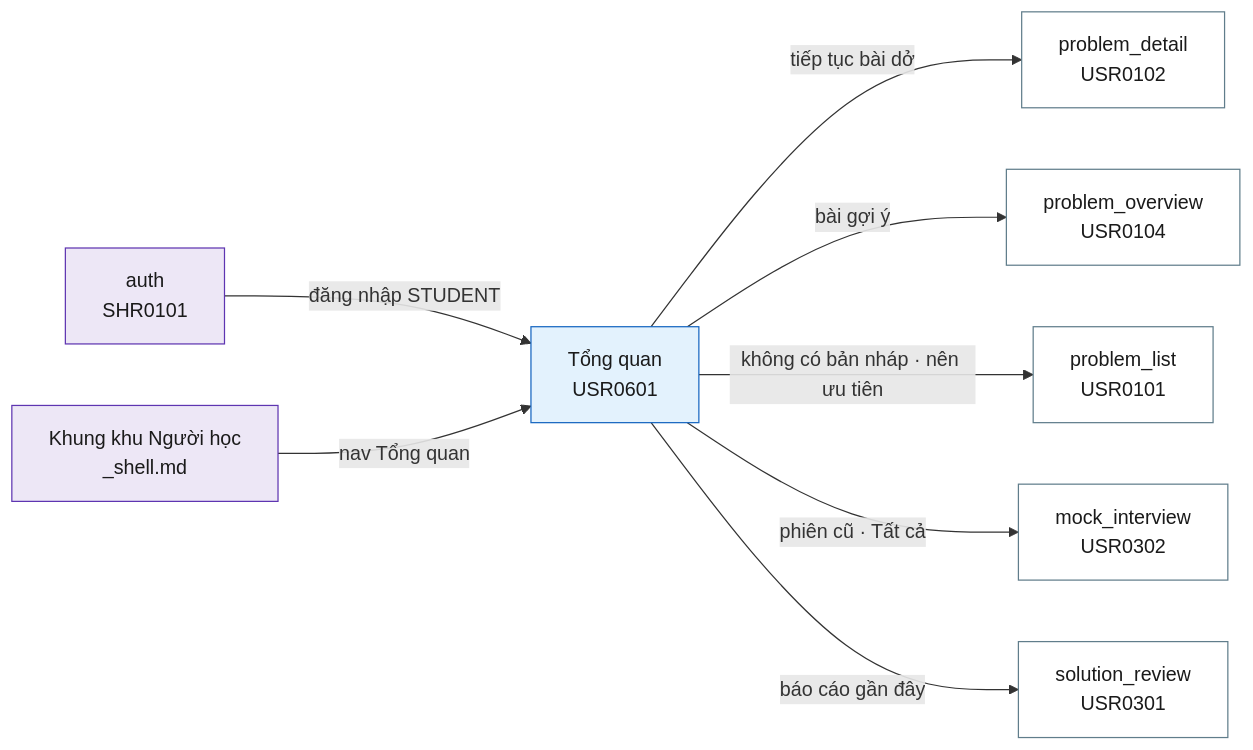
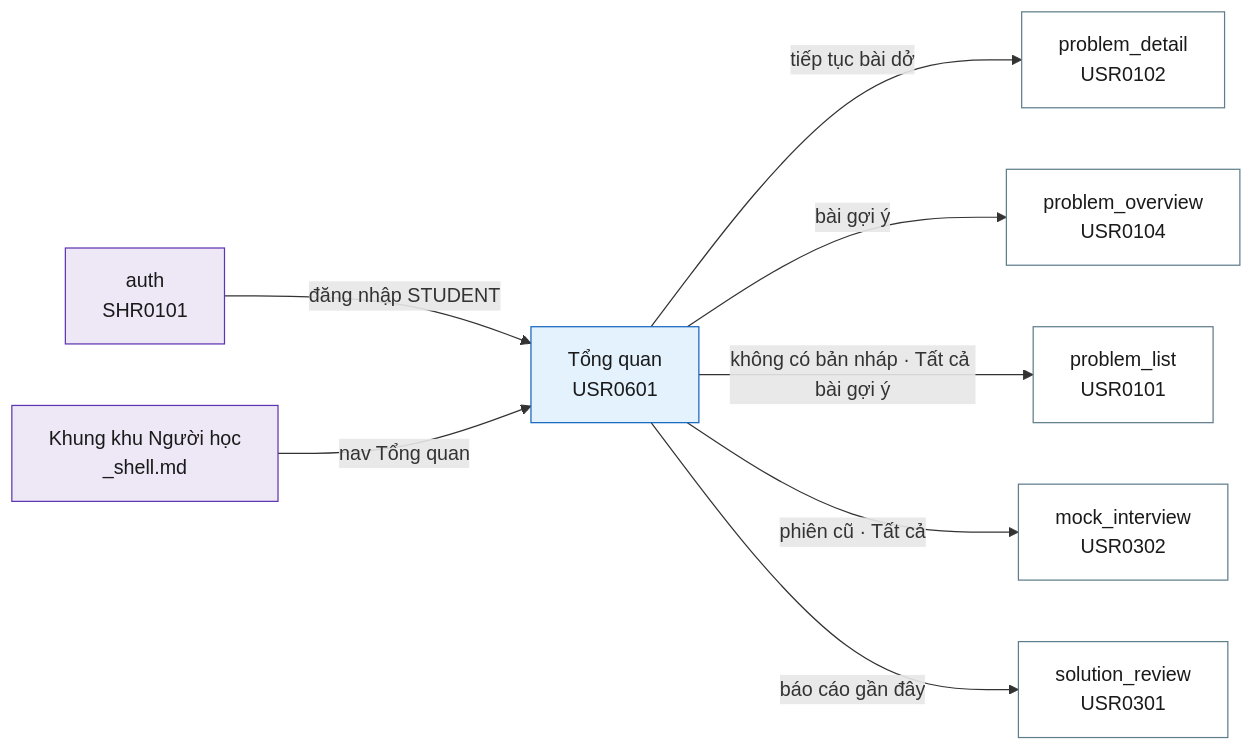
Before and after one commit to daiphu1801/PRJ_ALGOPREP: the diagram in 02-bd/screens/users/USR0601_dashboard.md, drawn with Mermaid. The commit also changed other lines of this file and 339 other files, not shown here.

````diff
--- a/02-bd/screens/users/USR0601_dashboard.md
+++ b/02-bd/screens/users/USR0601_dashboard.md
@@ -211,23 +216,23 @@
 ```mermaid
 flowchart LR
   auth["auth<br>SHR0101"]:::caller
   shell["Khung khu Người học<br>_shell.md"]:::caller
   dash["Tổng quan<br>USR0601"]:::current
   detail["problem_detail<br>USR0102"]:::target
   overview["problem_overview<br>USR0104"]:::target
   list["problem_list<br>USR0101"]:::target
   interview["mock_interview<br>USR0302"]:::target
   review["solution_review<br>USR0301"]:::target
 
   auth -->|"đăng nhập STUDENT"| dash
   shell -->|"nav Tổng quan"| dash
   dash -->|"tiếp tục bài dở"| detail
   dash -->|"bài gợi ý"| overview
-  dash -->|"không có bản nháp · nên ưu tiên"| list
+  dash -->|"không có bản nháp · Tất cả bài gợi ý"| list
   dash -->|"phiên cũ · Tất cả"| interview
   dash -->|"báo cáo gần đây"| review
 
   classDef caller fill:#EDE7F6,stroke:#5E35B1,color:#1A1A1A
   classDef current fill:#E3F2FD,stroke:#1565C0,color:#1A1A1A
   classDef target fill:#FFFFFF,stroke:#607D8B,color:#1A1A1A
 ```
````
